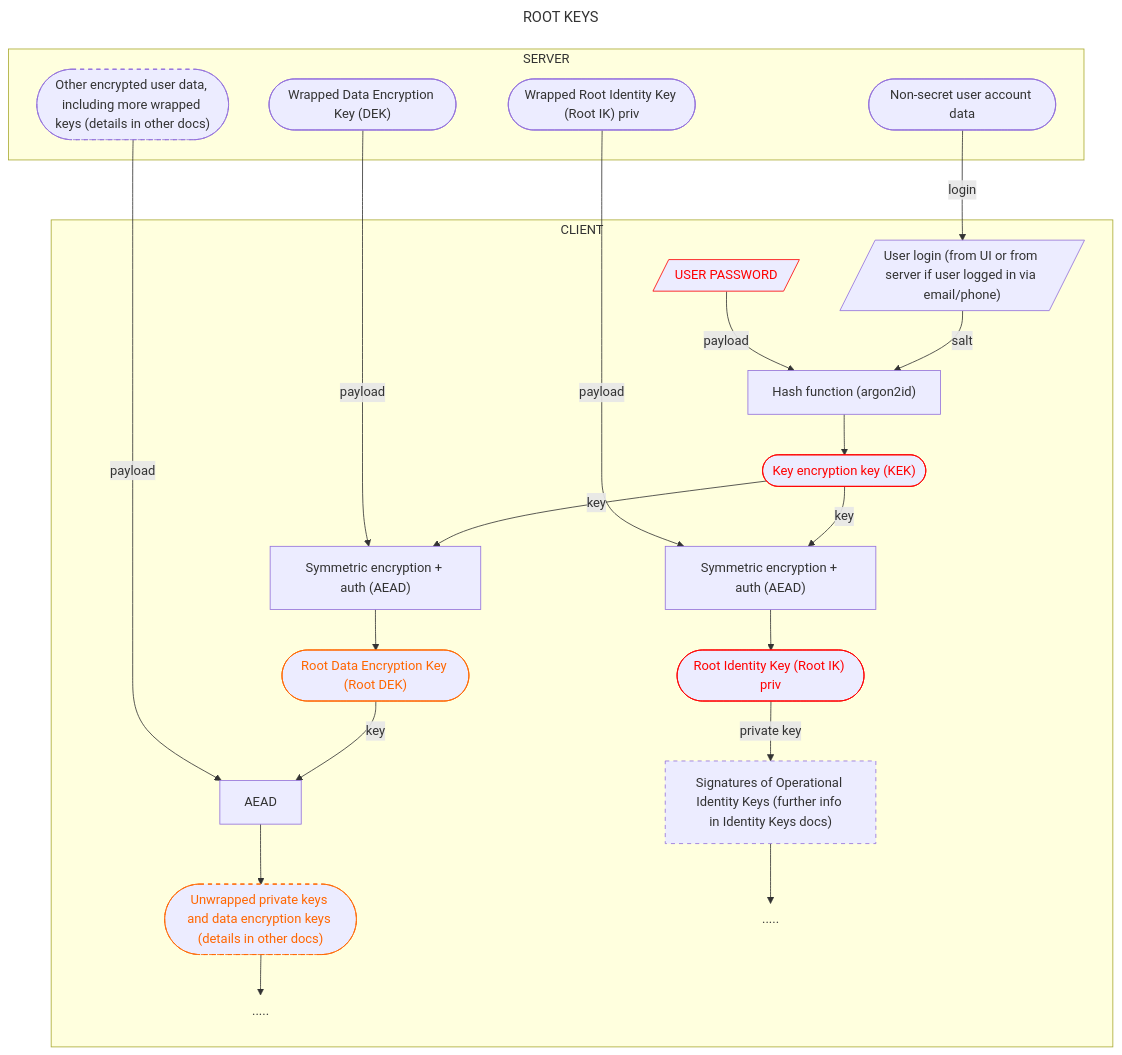
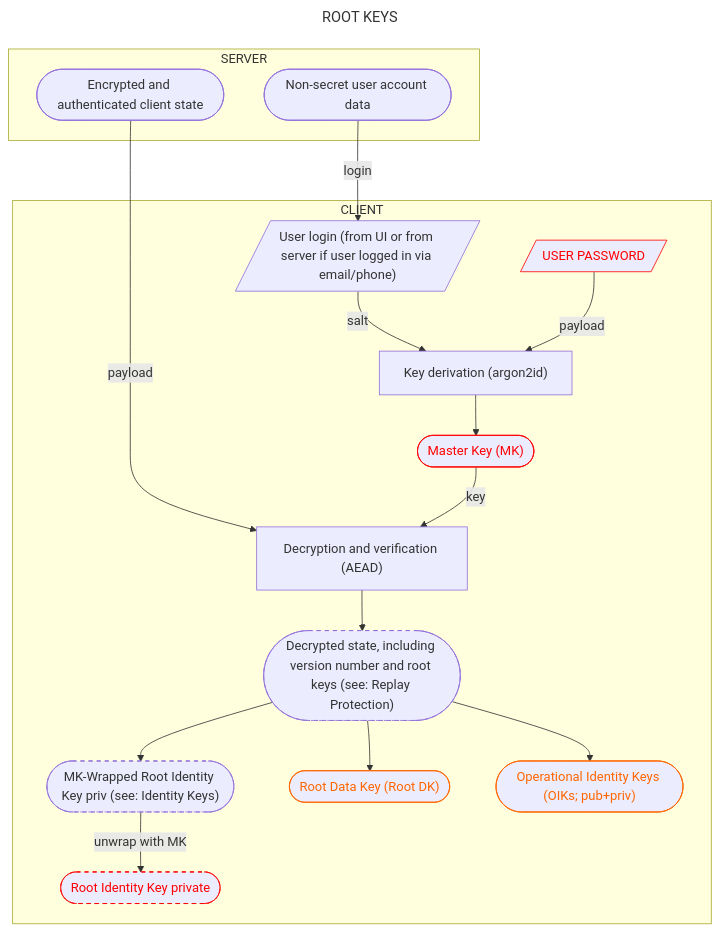
The diagram in crypto-protocol/root-keys.mmd (noIdeaForTheUsername/chat), drawn with Mermaid before and after one commit. The commit also changed other lines of this file and 3 other files, not shown here.

Commit message:
diagrams changes: better replay protection

```diff
--- a/crypto-protocol/root-keys.mmd
+++ b/crypto-protocol/root-keys.mmd
@@ -1,60 +1,53 @@
 ---
 title: ROOT KEYS
 --- 
 %% Made in Mermaid (https://mermaid.live)
 %% DESCRIPTION: This diagram shows how all the root keys are computed and stored. The lower-hierarchy keys and data are not shown here - they have separate diagrams.
-%% DIAGRAM SUMMARY: A password-derived key (KEK) is used to decrypt 2 root keys: Root DEK (Data Encryption Key) and Root IK (Identity Key). Encrypted and authenthicated data/keys are stored on the server
+%% DIAGRAM SUMMARY: A password-derived Master Key is used to decrypt and verify the server-stored client state, which includes 2 root keys: Root DEK (Data Encryption Key) and Root IK (Identity Key).
 
 %% SHAPES:
 %% - Rectangles mean operations/algorithms
 %% - Rounded rectangles mean data
 %% - Dashed borders mean that the diagram ends there, but the logic does not and more detailed info can be found elsewhere
 %% - Parallelograms mean user input from UI
 %% COLORS:
 %% - Red means the most-confidential secrets that are never stored persistently in plaintexts, and should only be computed by the client when really needed (which isn't needed often). A compromise means that the account cannot be secured anymore and should be completely deleted and re-created.
 %% - Orange means secrets that still allow access to the account's private data, however, security of the FUTURE data can still be restored by choosing new keys if the current ones leak (assuming nothing "red" was leaked). "Orange" secrets might need to be stored persistently to allow access.
 
 flowchart TB
     classDef red color:#f00,stroke:#f00
     classDef orange color:#f60,stroke:#f60
     classDef dashed stroke-dasharray: 5 5
 
     subgraph SERVER
         %% SERVER STORAGE
-        wrappedDek(["Wrapped Data Encryption Key (DEK)"])
-        wrappedRootIKPriv(["Wrapped Root Identity Key (Root IK) priv"])
+        encState(["Encrypted and authenticated client state"])
         userAccount([Non-secret user account data])
-        encUserData(["Other encrypted user data, including more wrapped keys (details in other docs)"])
-        class encUserData dashed
     end
+
+    %% SERVER-CLIENT TRANSFERS
+    userAccount -->|login| login
+    encState -->|payload| stateAead
+
 
     subgraph CLIENT
         %% PASSWORD KEY DERIVIATION
-        login[/"User login (from UI or from server if user logged in via email/phone)"/] -->|salt| passHash["`Hash function (argon2id)`"]
-        pass[/USER PASSWORD/] -->|payload| passHash
-        passHash --> kek(["Key encryption key (KEK)"])
-        class pass,kek red
-
-        %% ROOT DEK
-        kek -->|key| rootDekAead["Symmetric encryption + auth (AEAD)"]
-        rootDekAead --> rootDek(["Root Data Encryption Key (Root DEK)"])
-        rootDek -->|key| dataKeysAead["AEAD"]
-        dataKeysAead --> plainDataKeys(["Unwrapped private keys and data encryption keys (details in other docs)"])
-        plainDataKeys --> dataKeysEnd@{ shape: text, label: "....." }
-        class rootDek,plainDataKeys orange
-        class plainDataKeys dashed
+        login[/"User login (from UI or from server if user logged in via email/phone)"/] -->|salt| passDeriv["`Key derivation (argon2id)`"]
+        pass[/USER PASSWORD/] -->|payload| passDeriv
+        passDeriv --> mk(["Master Key (MK)"])
+        mk -->|key| stateAead["Decryption and verification (AEAD)"]
+        stateAead --> state(["Decrypted state, including version number and root keys (see: Replay Protection)"])
+        class pass,mk red
+        class state dashed
 
         %% IDENTITY KEYS
-        kek -->|key| rootIkPrivAead["Symmetric encryption + auth (AEAD)"]
-        rootIkPrivAead --> rootIkPriv(["Root Identity Key (Root IK) priv"])
+        state --> wrappedRootIkPriv(["MK-Wrapped Root Identity Key priv (see: Identity Keys)"])
+        wrappedRootIkPriv -->|unwrap with MK| rootIkPriv(["Root Identity Key private"])
+        class wrappedRootIkPriv,rootIkPriv dashed
         class rootIkPriv red
-        rootIkPriv -->|private key| rootIkSignature["Signatures of Operational Identity Keys (further info in Identity Keys docs)"]
-        class rootIkSignature dashed
-        rootIkSignature --> rootIkEnd@{ shape: text, label: "....." }
+
+        %% DATA
+        state --> rootDk(["Root Data Key (Root DK)"])
+        state --> operationalIks(["Operational Identity Keys (OIKs; pub+priv)"])
+        class rootDk,operationalIks orange
     end
-
-    %% SERVER-CLIENT TRANSFERS
-    wrappedDek -->|payload| rootDekAead
-    wrappedRootIKPriv -->|payload| rootIkPrivAead
-    userAccount -->|login| login
-    encUserData -->|payload| dataKeysAead
```
